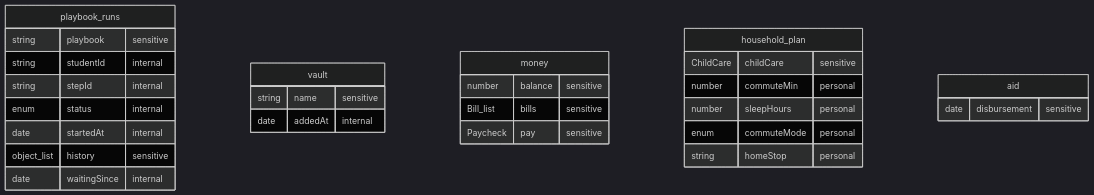
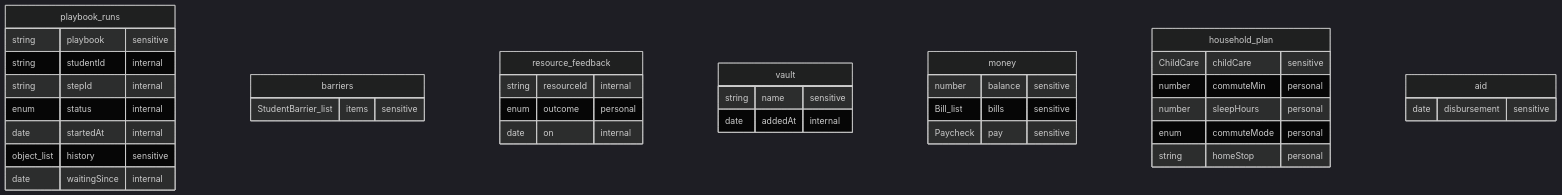
The seventh of 10 diagrams in docs/flows/sensitive-data.md (russlittle/ZTHR), drawn with Mermaid (dark theme) before and after one commit. The commit also changed other lines of this file and 41 other files, not shown here.

````diff
--- a/docs/flows/sensitive-data.md
+++ b/docs/flows/sensitive-data.md
@@ -368,31 +374,39 @@
 ```mermaid
 erDiagram
   playbook_runs {
     string playbook "sensitive"
     string studentId "internal"
     string stepId "internal"
     enum status "internal"
     date startedAt "internal"
     object_list history "sensitive"
     date waitingSince "internal"
+  }
+  barriers {
+    StudentBarrier_list items "sensitive"
+  }
+  resource_feedback {
+    string resourceId "internal"
+    enum outcome "personal"
+    date on "internal"
   }
   vault {
     string name "sensitive"
     date addedAt "internal"
   }
   money {
     number balance "sensitive"
     Bill_list bills "sensitive"
     Paycheck pay "sensitive"
   }
   household_plan {
     ChildCare childCare "sensitive"
     number commuteMin "personal"
     number sleepHours "personal"
     enum commuteMode "personal"
     string homeStop "personal"
   }
   aid {
     date disbursement "sensitive"
   }
 ```
````
